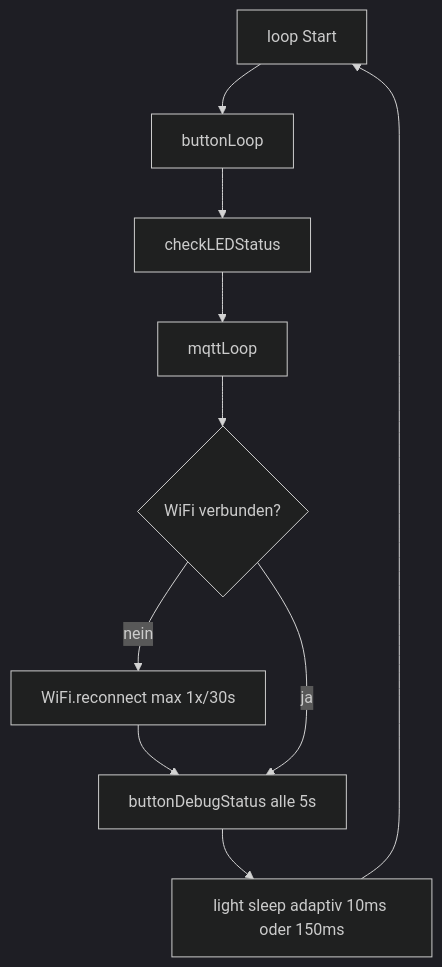
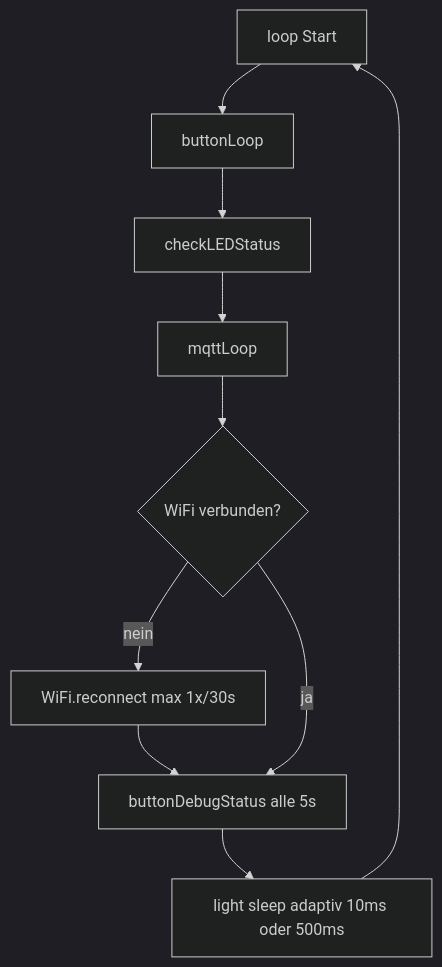
The fourth of 4 diagrams in docs/ARCHITECTURE.md (EyJunge1/chaya2mqtt), drawn with Mermaid (dark theme) before and after one commit. The commit also changed other lines of this file and 9 other files, not shown here.

````diff
--- a/docs/ARCHITECTURE.md
+++ b/docs/ARCHITECTURE.md
@@ -100,17 +100,17 @@
 ```mermaid
 flowchart TD
     start[loop Start]
     btn[buttonLoop]
     led[checkLEDStatus]
     mq[mqttLoop]
     wifi{WiFi verbunden?}
     recon[WiFi.reconnect max 1x/30s]
     dbg[buttonDebugStatus alle 5s]
-    wait[light sleep adaptiv 10ms oder 150ms]
+    wait[light sleep adaptiv 10ms oder 500ms]
 
     start --> btn --> led --> mq
     mq --> wifi
     wifi -->|nein| recon --> dbg
     wifi -->|ja| dbg
     dbg --> wait --> start
 ```
````
